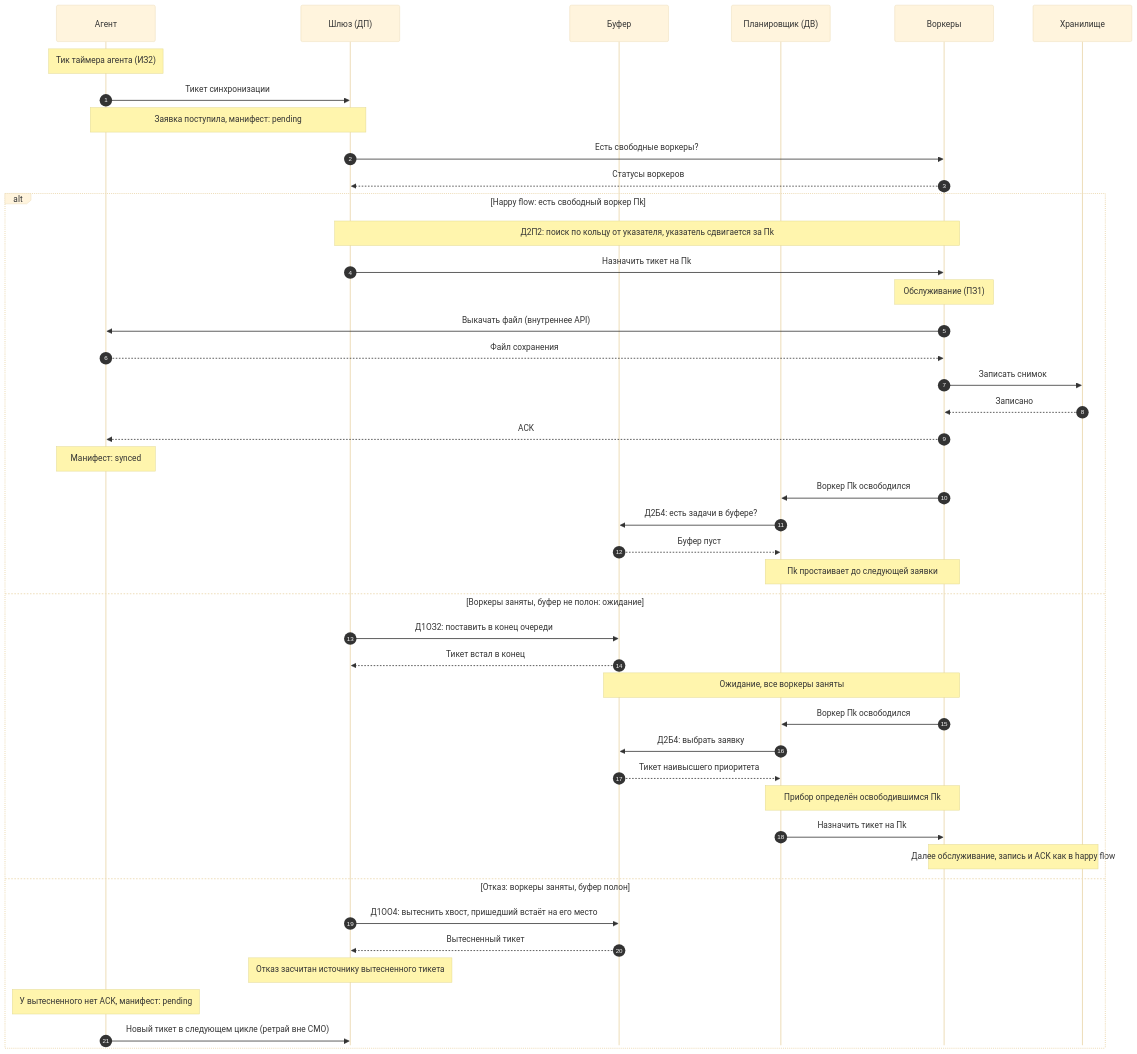
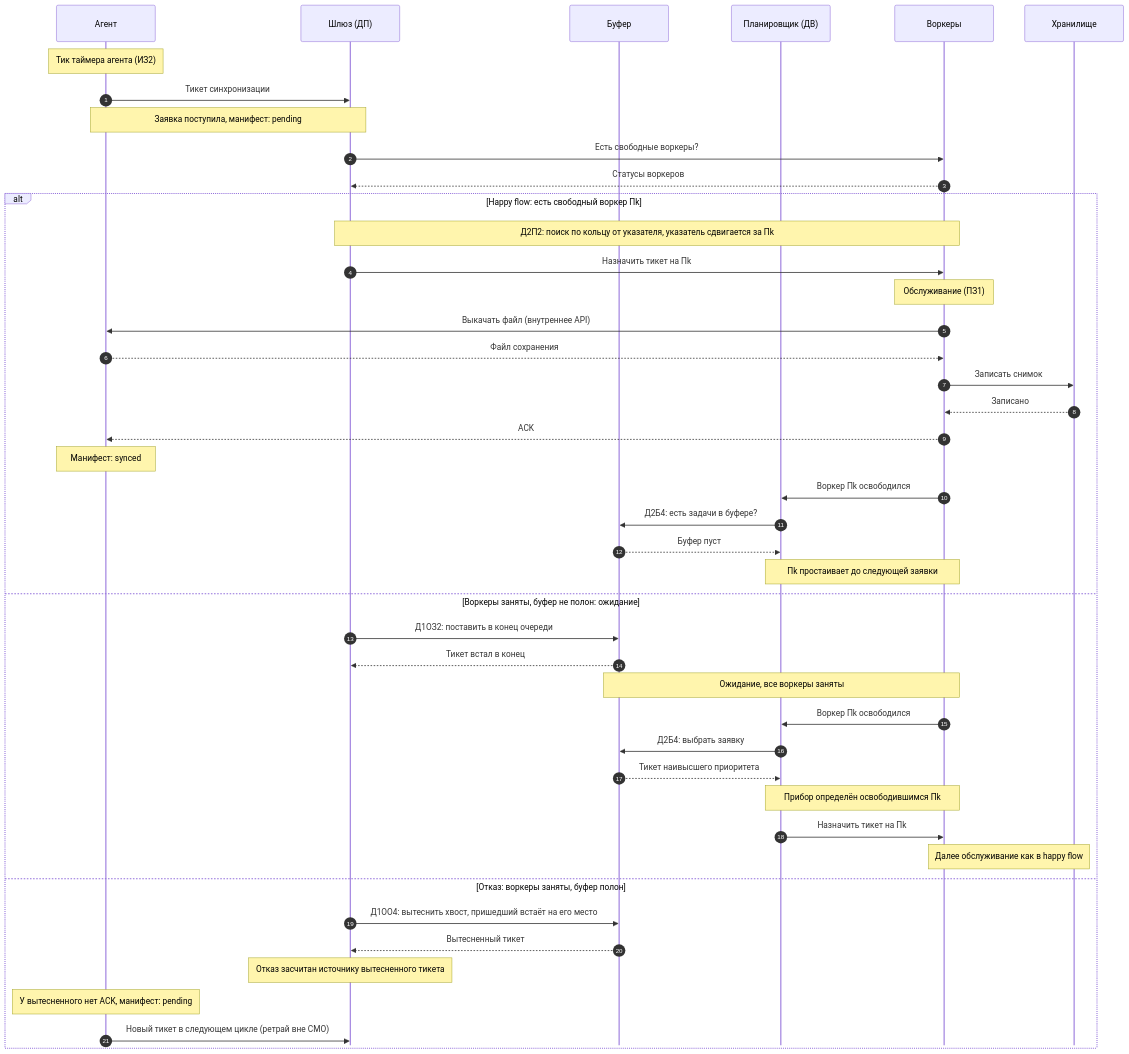
Before and after one commit to rachguta/Save-Sync-Backend: the diagram in docs/sequence_diagram.mermaid, drawn with Mermaid. The commit also changed 2 other files, not shown here.

Commit message:
Fix class diagram and sequence diagram

```diff
--- a/docs/sequence_diagram.mermaid
+++ b/docs/sequence_diagram.mermaid
@@ -1,65 +1,64 @@
 %%{init: {
-  'theme': 'base',
-  'themeVariables': { 'fontSize': '22px' },
+  'themeVariables': { 'fontSize': '20px' },
   'sequence': {
     'useMaxWidth': false,
-    'actorFontSize': 22,
-    'messageFontSize': 20,
-    'noteFontSize': 20,
+    'actorFontSize': 20,
+    'messageFontSize': 18,
+    'noteFontSize': 18,
     'width': 190,
     'height': 70,
     'actorMargin': 60,
     'messageMargin': 45,
     'boxMargin': 14,
     'noteMargin': 14,
     'mirrorActors': false
   }
 }}%%
 sequenceDiagram
     autonumber
     participant A as Агент
     participant G as Шлюз (ДП)
     participant B as Буфер
     participant Sch as Планировщик (ДВ)
     participant W as Воркеры
     participant S as Хранилище
 
     Note over A: Тик таймера агента (ИЗ2)
     A->>G: Тикет синхронизации
     Note over A,G: Заявка поступила, манифест: pending
     G->>W: Есть свободные воркеры?
     W-->>G: Статусы воркеров
 
     alt Happy flow: есть свободный воркер Пk
         Note over G,W: Д2П2: поиск по кольцу от указателя, указатель сдвигается за Пk
         G->>W: Назначить тикет на Пk
         Note over W: Обслуживание (ПЗ1)
         W->>A: Выкачать файл (внутреннее API)
         A-->>W: Файл сохранения
         W->>S: Записать снимок
         S-->>W: Записано
         W-->>A: ACK
         Note over A: Манифест: synced
         W->>Sch: Воркер Пk освободился
         Sch->>B: Д2Б4: есть задачи в буфере?
         B-->>Sch: Буфер пуст
         Note over Sch,W: Пk простаивает до следующей заявки
 
     else Воркеры заняты, буфер не полон: ожидание
         G->>B: Д1ОЗ2: поставить в конец очереди
         B-->>G: Тикет встал в конец
         Note over B,W: Ожидание, все воркеры заняты
         W->>Sch: Воркер Пk освободился
         Sch->>B: Д2Б4: выбрать заявку
         B-->>Sch: Тикет наивысшего приоритета
         Note over Sch,W: Прибор определён освободившимся Пk
         Sch->>W: Назначить тикет на Пk
-        Note over W,S: Далее обслуживание, запись и ACK как в happy flow
+        Note over W,S: Далее обслуживание как в happy flow
 
     else Отказ: воркеры заняты, буфер полон
         G->>B: Д1ОО4: вытеснить хвост, пришедший встаёт на его место
         B-->>G: Вытесненный тикет
         Note over G: Отказ засчитан источнику вытесненного тикета
         Note over A: У вытесненного нет ACK, манифест: pending
         A->>G: Новый тикет в следующем цикле (ретрай вне СМО)
     end
```
